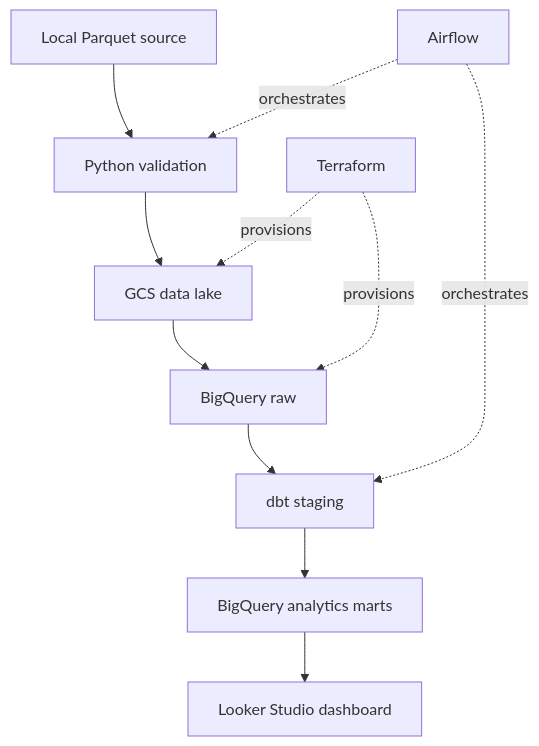
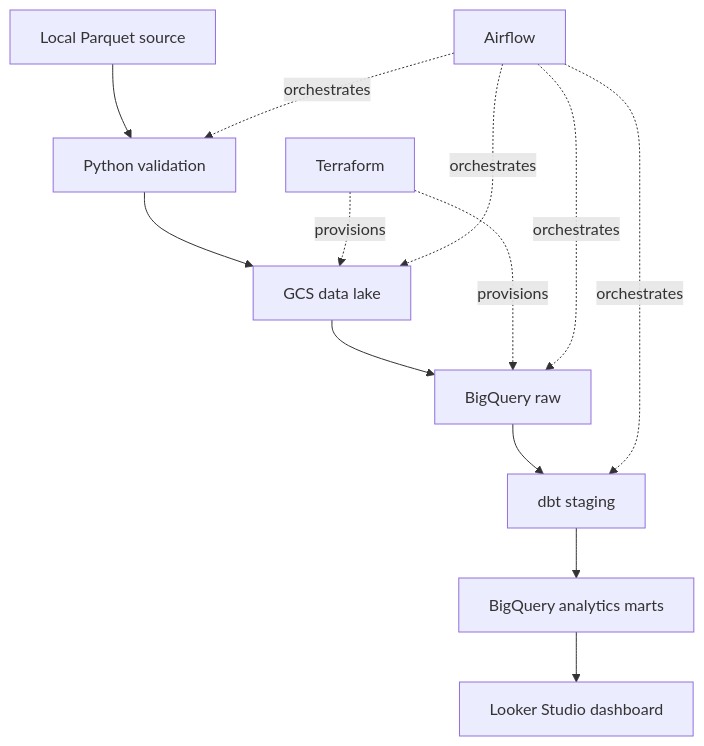
The diagram in README.md (fatemeh-Salmani1/paris-velib-availability-pipeline), drawn with Mermaid before and after one commit.

````diff
--- a/README.md
+++ b/README.md
@@ -54,14 +54,17 @@
 ```mermaid
 flowchart TD
     A["Local Parquet source"] --> B["Python validation"]
     B --> C["GCS data lake"]
     C --> D["BigQuery raw"]
     D --> E["dbt staging"]
     E --> F["BigQuery analytics marts"]
     F --> G["Looker Studio dashboard"]
 
     H["Terraform"] -. provisions .-> C
     H -. provisions .-> D
+    
     I["Airflow"] -. orchestrates .-> B
+    I -. orchestrates .-> C
+    I -. orchestrates .-> D
     I -. orchestrates .-> E
 ```
````
